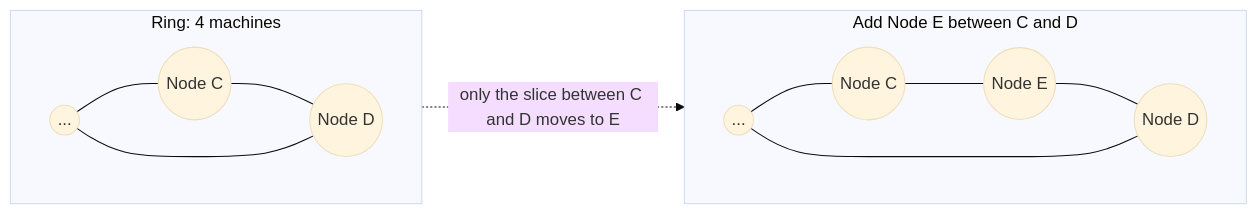
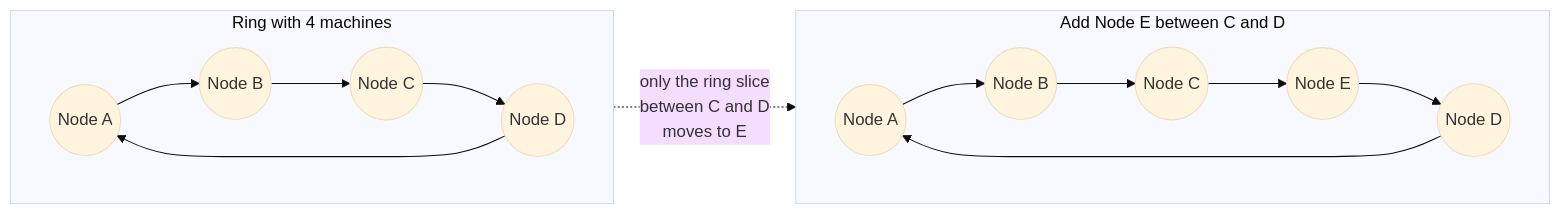
The third of 13 diagrams in system-design/HLD/0-course/33-Design-Instagram-FAANG-Guide-story.md (riyaz-pasha/Learnings), drawn with Mermaid (base theme) before and after one commit. The commit also changed other lines of this file and 5 other files, not shown here.

Commit message:
[REWRITE] Design Newsfeed story guide: simplify prose, add structure, fix diagrams

````diff
--- a/system-design/HLD/0-course/33-Design-Instagram-FAANG-Guide-story.md
+++ b/system-design/HLD/0-course/33-Design-Instagram-FAANG-Guide-story.md
@@ -76,12 +210,12 @@
 ```mermaid
 flowchart LR
-    subgraph Before["Ring: 4 machines"]
+    subgraph Before["Ring with 4 machines"]
         direction LR
-        A1((...)) --- B1((Node C)) --- C1((Node D)) --- A1
+        NA(("Node A")) --> NB(("Node B")) --> NC(("Node C")) --> ND(("Node D")) --> NA
     end
     subgraph After["Add Node E between C and D"]
         direction LR
-        A2((...)) --- B2((Node C)) --- N((Node E)) --- C2((Node D)) --- A2
+        MA(("Node A")) --> MB(("Node B")) --> MC(("Node C")) --> NE(("Node E")) --> MD(("Node D")) --> MA
     end
-    Before -.->|"only the slice between C and D moves to E"| After
+    Before -.->|"only the ring slice<br/>between C and D<br/>moves to E"| After
 ```
````
